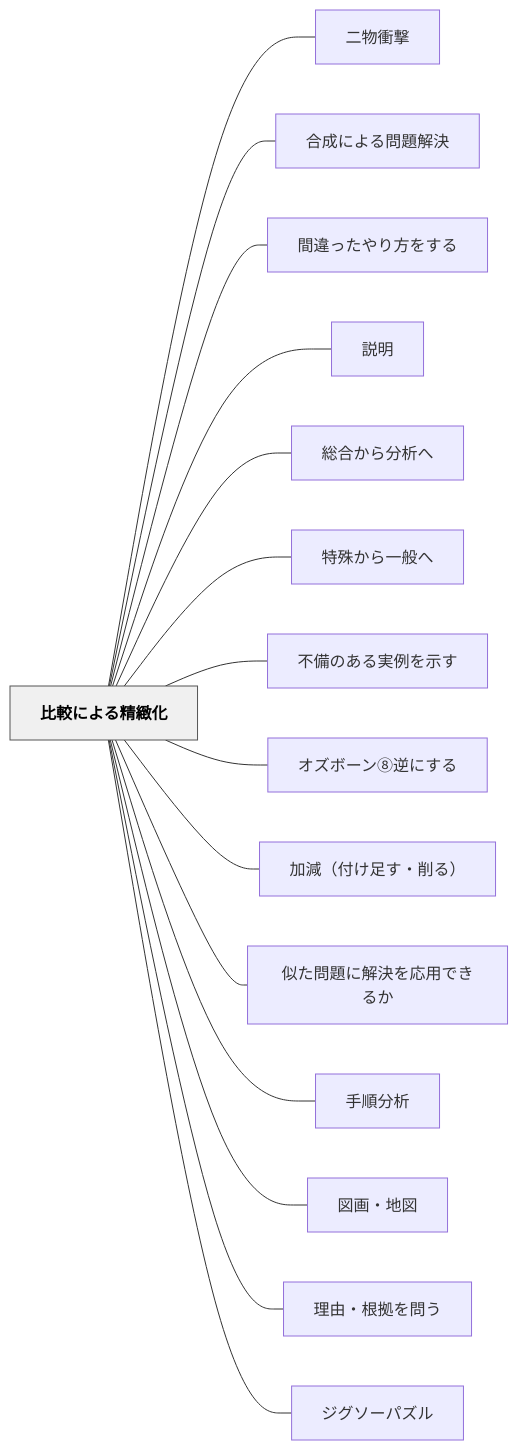
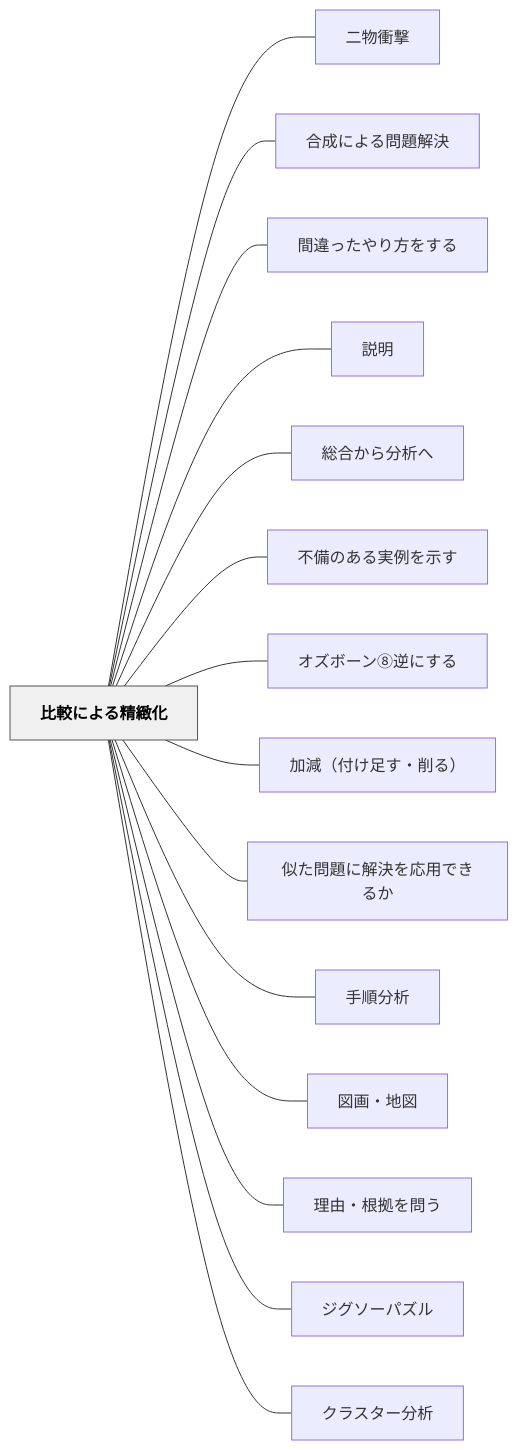
Before and after one commit to unknownthings-ed-patterns/unknownthings-ed-patterns: the diagram in content/パタン/比較による精緻化.md, drawn with Mermaid. The commit also changed other lines of this file and 23 other files, not shown here.

````diff
--- a/content/パタン/比較による精緻化.md
+++ b/content/パタン/比較による精緻化.md
@@ -77,36 +77,36 @@
 ```mermaid
 flowchart LR
     ne6af94e8bc83e381abe38288e3828be7b2bee7b7bbe58c96["比較による精緻化"]
     ne4ba8ce789a9e8a19de69283["二物衝撃"]
     ne59088e68890e381abe38288e3828be5958fe9a18ce8a7a3e6b1ba["合成による問題解決"]
     ne99693e98195e381a3e3819fe38284e3828ae696b9e38292e38199e3828b["間違ったやり方をする"]
     ne8aaace6988e["説明"]
     ne7b78fe59088e3818be38289e58886e69e90e381b8["総合から分析へ"]
-    ne789b9e6ae8ae3818be38289e4b880e888ace381b8["特殊から一般へ"]
     ne4b88de58299e381aee38182e3828be5ae9fe4be8be38292e7a4bae38199["不備のある実例を示す"]
     ne382aae382bae3839ce383bce383b3e291a7e98086e381abe38199e3828b["オズボーン⑧逆にする"]
     ne58aa0e6b89befbc88e4bb98e38191e8b6b3e38199e383bbe5898ae3828befbc89["加減（付け足す・削る）"]
     ne4bcbce3819fe5958fe9a18ce381abe8a7a3e6b1bae38292e5bf9ce794a8e381a7e3818de3828be3818b["似た問題に解決を応用できるか"]
     ne6898be9a086e58886e69e90["手順分析"]
     ne59bb3e794bbe383bbe59cb0e59bb3["図画・地図"]
     ne79086e794b1e383bbe6a0b9e68ba0e38292e5958fe38186["理由・根拠を問う"]
     ne382b8e382b0e382bde383bce38391e382bae383ab["ジグソーパズル"]
+    ne382afe383a9e382b9e382bfe383bce58886e69e90["クラスター分析"]
 
     ne6af94e8bc83e381abe38288e3828be7b2bee7b7bbe58c96 --- ne4ba8ce789a9e8a19de69283
     ne6af94e8bc83e381abe38288e3828be7b2bee7b7bbe58c96 --- ne59088e68890e381abe38288e3828be5958fe9a18ce8a7a3e6b1ba
     ne6af94e8bc83e381abe38288e3828be7b2bee7b7bbe58c96 --- ne99693e98195e381a3e3819fe38284e3828ae696b9e38292e38199e3828b
     ne6af94e8bc83e381abe38288e3828be7b2bee7b7bbe58c96 --- ne8aaace6988e
     ne6af94e8bc83e381abe38288e3828be7b2bee7b7bbe58c96 --- ne7b78fe59088e3818be38289e58886e69e90e381b8
-    ne6af94e8bc83e381abe38288e3828be7b2bee7b7bbe58c96 --- ne789b9e6ae8ae3818be38289e4b880e888ace381b8
     ne6af94e8bc83e381abe38288e3828be7b2bee7b7bbe58c96 --- ne4b88de58299e381aee38182e3828be5ae9fe4be8be38292e7a4bae38199
     ne6af94e8bc83e381abe38288e3828be7b2bee7b7bbe58c96 --- ne382aae382bae3839ce383bce383b3e291a7e98086e381abe38199e3828b
     ne6af94e8bc83e381abe38288e3828be7b2bee7b7bbe58c96 --- ne58aa0e6b89befbc88e4bb98e38191e8b6b3e38199e383bbe5898ae3828befbc89
     ne6af94e8bc83e381abe38288e3828be7b2bee7b7bbe58c96 --- ne4bcbce3819fe5958fe9a18ce381abe8a7a3e6b1bae38292e5bf9ce794a8e381a7e3818de3828be3818b
     ne6af94e8bc83e381abe38288e3828be7b2bee7b7bbe58c96 --- ne6898be9a086e58886e69e90
     ne6af94e8bc83e381abe38288e3828be7b2bee7b7bbe58c96 --- ne59bb3e794bbe383bbe59cb0e59bb3
     ne6af94e8bc83e381abe38288e3828be7b2bee7b7bbe58c96 --- ne79086e794b1e383bbe6a0b9e68ba0e38292e5958fe38186
     ne6af94e8bc83e381abe38288e3828be7b2bee7b7bbe58c96 --- ne382b8e382b0e382bde383bce38391e382bae383ab
+    ne6af94e8bc83e381abe38288e3828be7b2bee7b7bbe58c96 --- ne382afe383a9e382b9e382bfe383bce58886e69e90
 
     classDef hub fill:#f0f0f0,stroke:#555,color:#000,font-weight:bold
     class ne6af94e8bc83e381abe38288e3828be7b2bee7b7bbe58c96 hub
 ```
````
